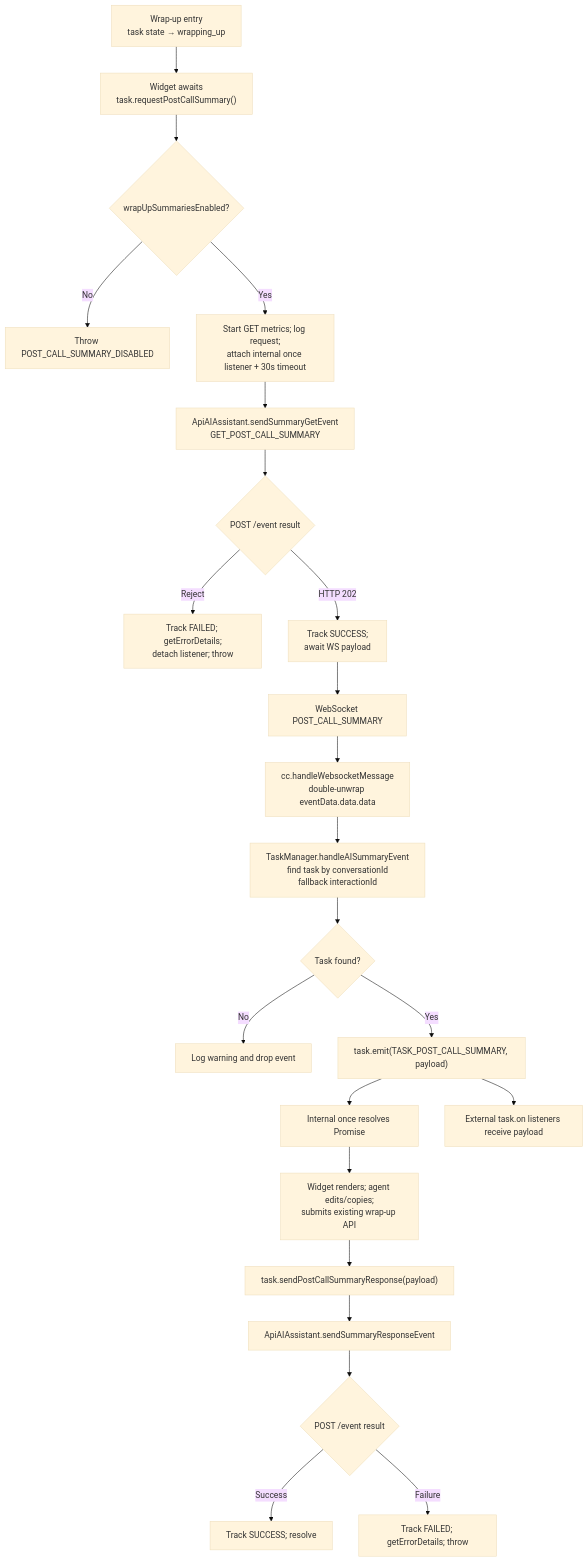
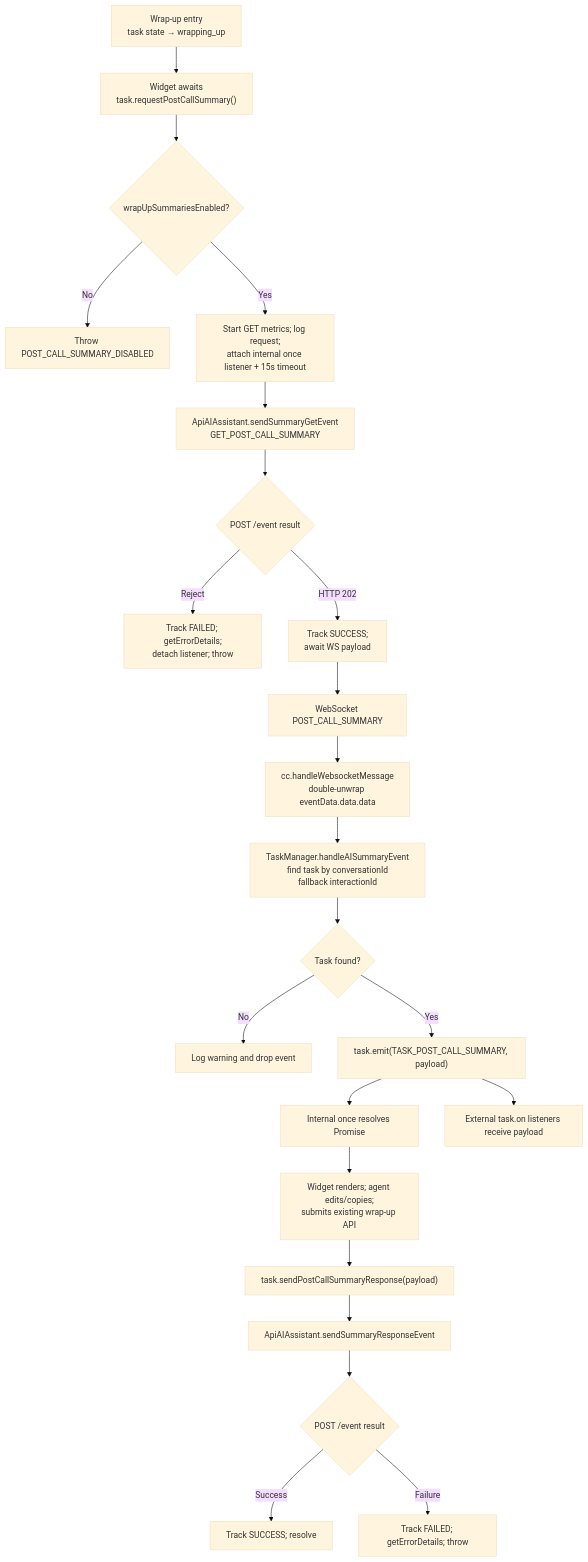
The first of 3 diagrams in ai-summary.md (webex/widgets), drawn with Mermaid (base theme) before and after one commit. The commit also changed other lines of this file and 1 other file, not shown here.

Commit message:
Consolidated single AI summary timeout in requirement

````diff
--- a/ai-summary.md
+++ b/ai-summary.md
@@ -487,39 +487,39 @@
 ```mermaid
 flowchart TD
   Start["Wrap-up entry<br/>task state → wrapping_up"]
   WidgetGet["Widget awaits<br/>task.requestPostCallSummary()"]
   Validate{"wrapUpSummariesEnabled?"}
   Disabled["Throw POST_CALL_SUMMARY_DISABLED"]
-  Prepare["Start GET metrics; log request;<br/>attach internal once listener + 30s timeout"]
+  Prepare["Start GET metrics; log request;<br/>attach internal once listener + 15s timeout"]
   SendGet["ApiAIAssistant.sendSummaryGetEvent<br/>GET_POST_CALL_SUMMARY"]
   Http{"POST /event result"}
   HttpFail["Track FAILED; getErrorDetails;<br/>detach listener; throw"]
   Await["Track SUCCESS;<br/>await WS payload"]
   WS["WebSocket POST_CALL_SUMMARY"]
   CC["cc.handleWebsocketMessage<br/>double-unwrap eventData.data.data"]
   TM["TaskManager.handleAISummaryEvent<br/>find task by conversationId<br/>fallback interactionId"]
   Found{"Task found?"}
   Drop["Log warning and drop event"]
   Emit["task.emit(TASK_POST_CALL_SUMMARY, payload)"]
   Promise["Internal once resolves Promise"]
   External["External task.on listeners receive payload"]
   Edit["Widget renders; agent edits/copies;<br/>submits existing wrap-up API"]
   Response["task.sendPostCallSummaryResponse(payload)"]
   SendResponse["ApiAIAssistant.sendSummaryResponseEvent"]
   ResponseResult{"POST /event result"}
   Done["Track SUCCESS; resolve"]
   ResponseFail["Track FAILED; getErrorDetails; throw"]
 
   Start --> WidgetGet --> Validate
   Validate -- No --> Disabled
   Validate -- Yes --> Prepare --> SendGet --> Http
   Http -- Reject --> HttpFail
   Http -- HTTP 202 --> Await --> WS --> CC --> TM --> Found
   Found -- No --> Drop
   Found -- Yes --> Emit
   Emit --> Promise --> Edit
   Emit --> External
   Edit --> Response --> SendResponse --> ResponseResult
   ResponseResult -- Success --> Done
   ResponseResult -- Failure --> ResponseFail
 ```
````
